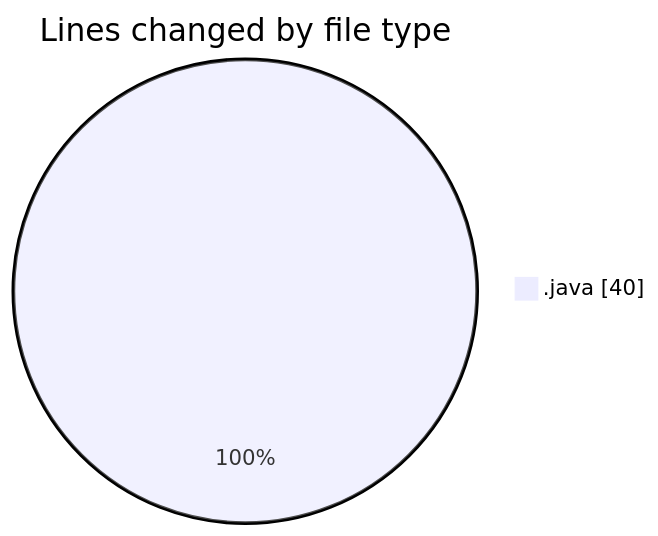
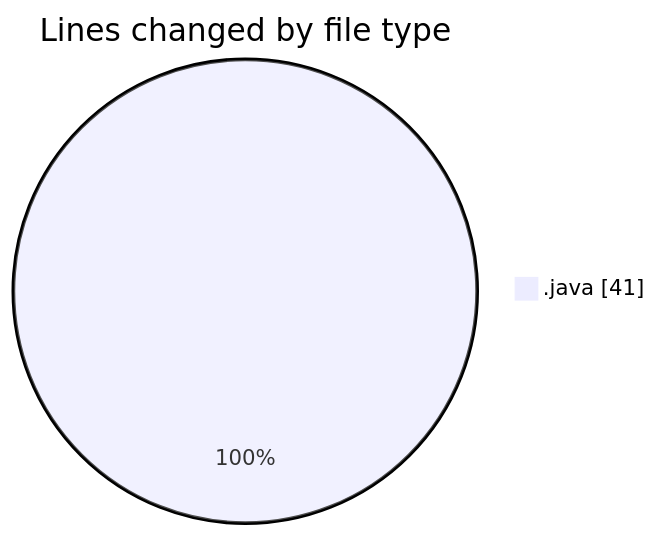
Before and after one commit to NitaiMahat/code-tracking: the first of 2 diagrams in 2025-02-12/oopstartfiles/README.md, drawn with Mermaid. The commit also changed other lines of this file and 1 other file, not shown here.

````diff
--- a/2025-02-12/oopstartfiles/README.md
+++ b/2025-02-12/oopstartfiles/README.md
@@ -20,5 +20,5 @@
 ```mermaid
 pie showData
 title Lines changed by file type
-".java" : 40
+".java" : 41
 ```
````
